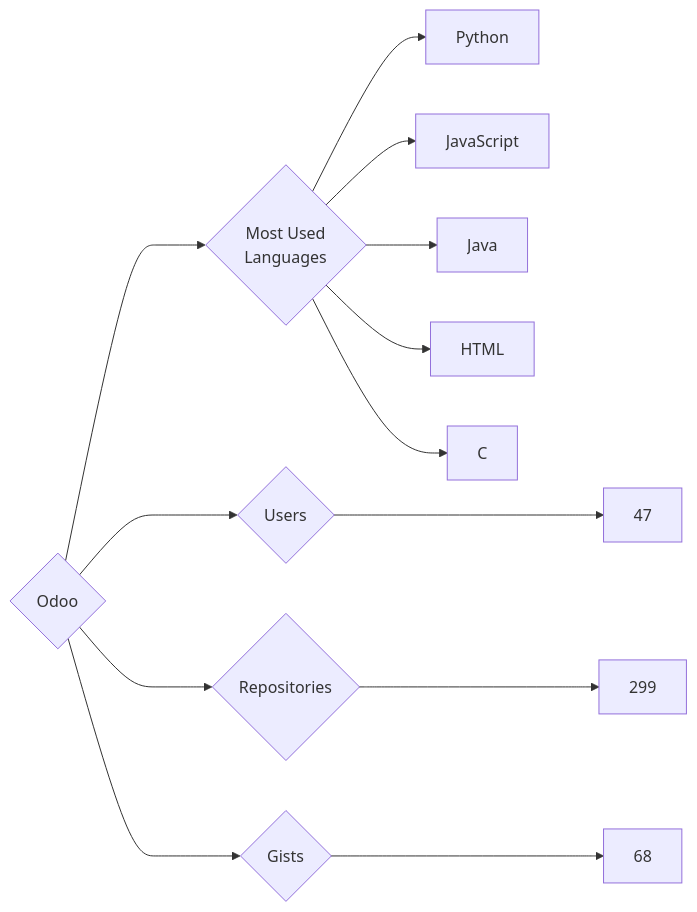
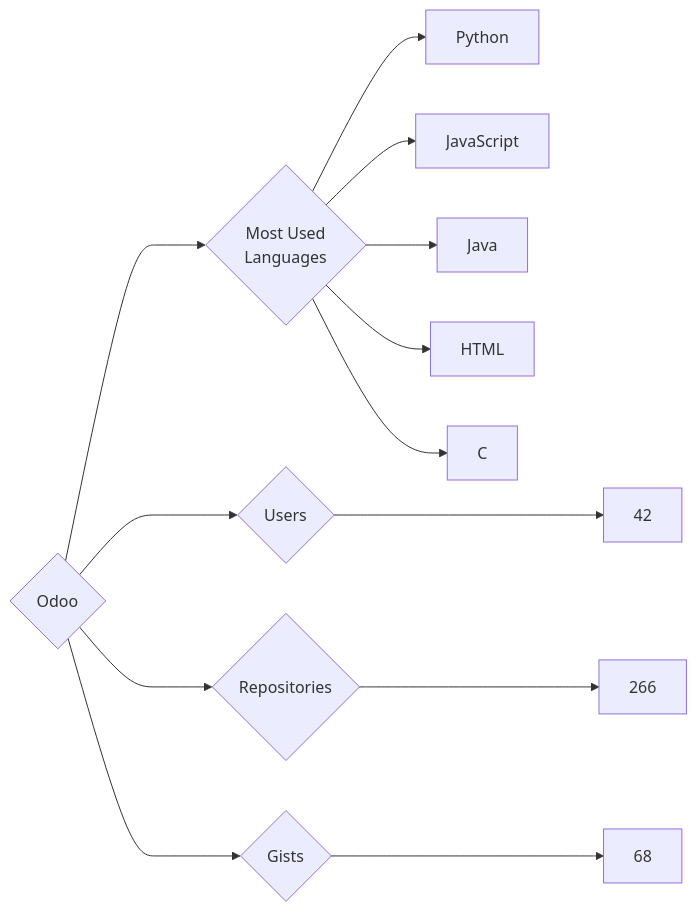
Before and after one commit to trickest/insiders: the diagram in targets/Odoo/README.md, drawn with Mermaid. The commit also changed 725 other files, not shown here.

````diff
--- a/targets/Odoo/README.md
+++ b/targets/Odoo/README.md
@@ -3,13 +3,13 @@
 ```mermaid
 graph LR
 COMPANY_NAME{Odoo}
-COMPANY_NAME ---> U{Users} ---> UN[47]
-COMPANY_NAME ---> R{Repositories} ---> RN[299]
+COMPANY_NAME ---> U{Users} ---> UN[42]
+COMPANY_NAME ---> R{Repositories} ---> RN[266]
 COMPANY_NAME ---> G{Gists} ---> GN[68]
 COMPANY_NAME ---> ML{Most Used<br>Languages}
 ML --> Python[Python]
 ML --> JavaScript[JavaScript]
 ML --> Java[Java]
 ML --> HTML[HTML]
 ML --> C[C]
 ```
````
